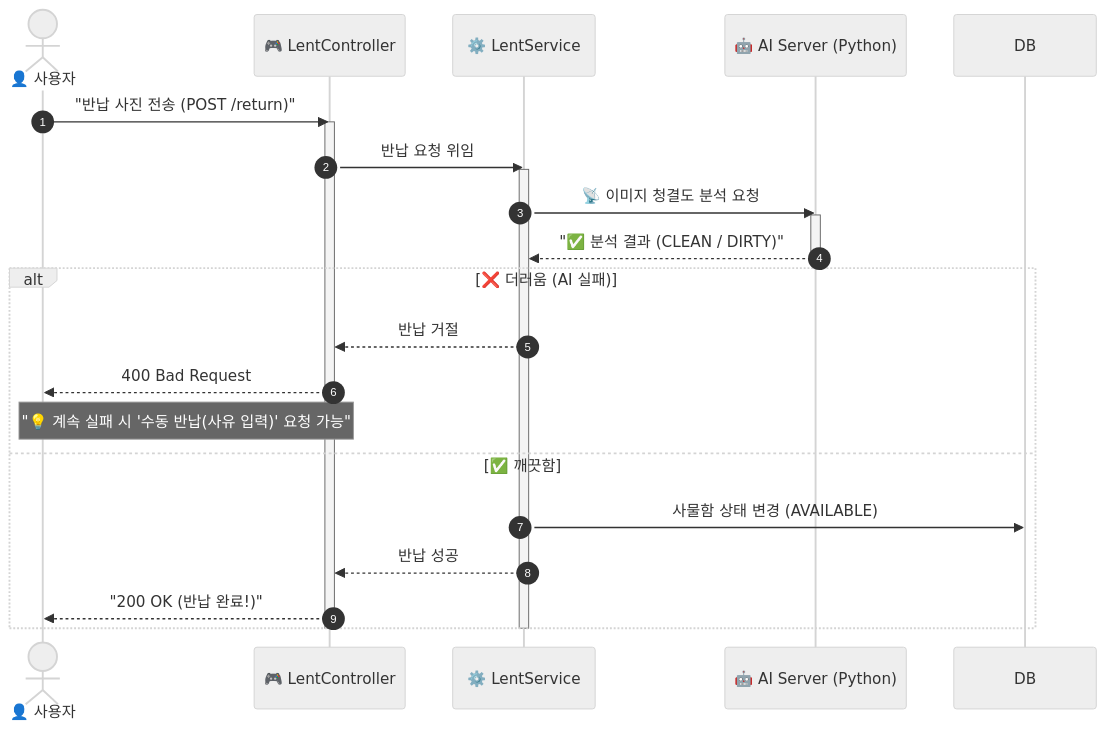
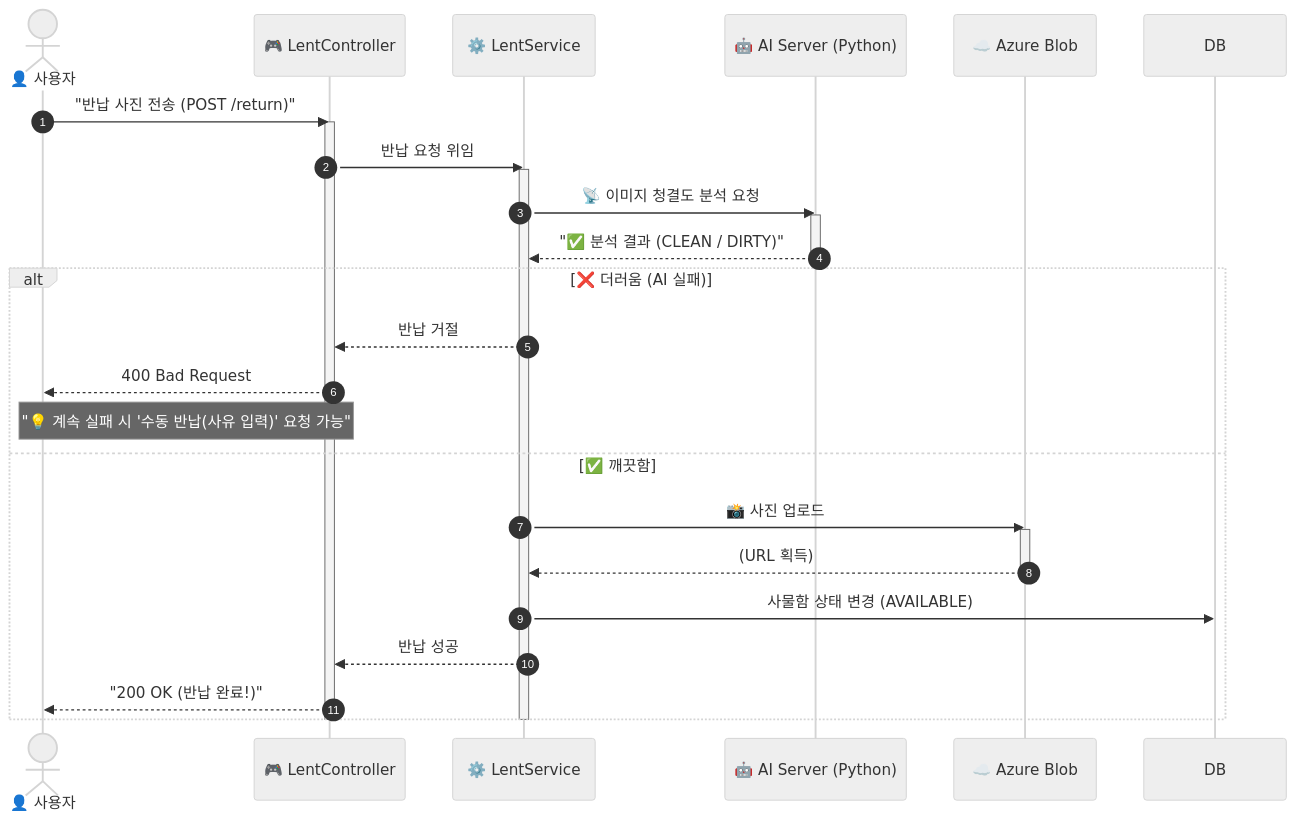
One commit to farmer0010/ft_transcendence changed the fifth of 6 diagrams in backend/README.md. Above: the diagram before and after it, drawn with Mermaid (neutral theme). The commit also changed other lines of this file, not shown here.

Commit message:
Docs: Update Sequence Diagrams (Swap & Return logic Refinement)

````diff
--- a/backend/README.md
+++ b/backend/README.md
@@ -448,30 +448,36 @@
 ```mermaid
 sequenceDiagram
     autonumber
     actor User as 👤 사용자
     participant Controller as 🎮 LentController
     participant Service as ⚙️ LentService
     participant AI as 🤖 AI Server (Python)
+    participant Azure as ☁️ Azure Blob
 
     User->>Controller: "반납 사진 전송 (POST /return)"
     activate Controller
     Controller->>Service: 반납 요청 위임
     activate Service
     
     Service->>AI: 📡 이미지 청결도 분석 요청
     activate AI
     AI-->>Service: "✅ 분석 결과 (CLEAN / DIRTY)"
     deactivate AI
 
     alt ❌ 더러움 (AI 실패)
         Service-->>Controller: 반납 거절
         Controller-->>User: 400 Bad Request
         Note over User, Controller: "💡 계속 실패 시 '수동 반납(사유 입력)' 요청 가능"
     else ✅ 깨끗함
+        Service->>Azure: 📸 사진 업로드
+        activate Azure
+        Azure-->>Service: (URL 획득)
+        deactivate Azure
+
         Service->>DB: 사물함 상태 변경 (AVAILABLE)
         Service-->>Controller: 반납 성공
         Controller-->>User: "200 OK (반납 완료!)"
     end
     deactivate Service
     deactivate Controller
 ```
````
